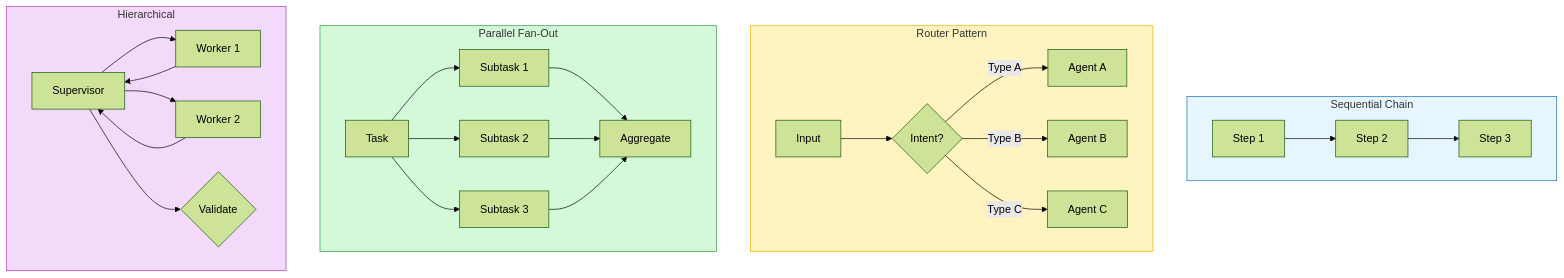
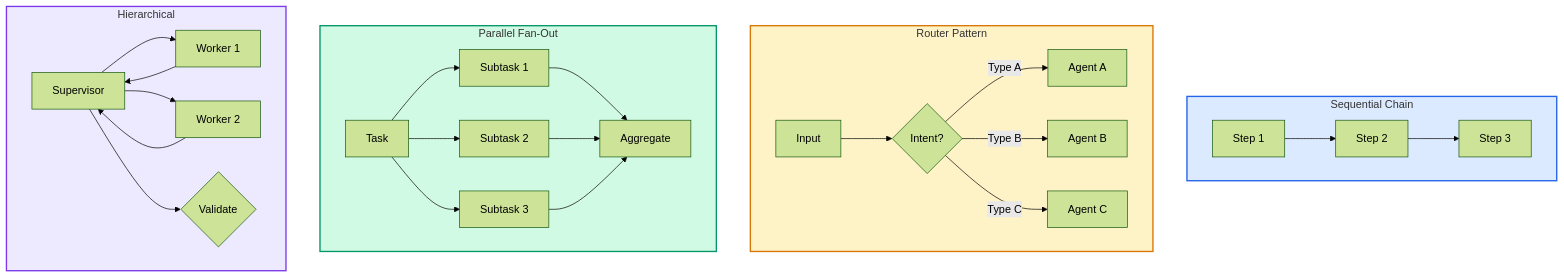
One commit to whoisrade/agentic-field-manual changed the second of 2 diagrams in 06-operations/orchestration.md. Above: the diagram before and after it, drawn with Mermaid (forest theme). The commit also changed other lines of this file and 18 other files, not shown here.

Commit message:
refine mermaid diagrams with enterprise color palette

````diff
--- a/06-operations/orchestration.md
+++ b/06-operations/orchestration.md
@@ -70,30 +71,30 @@
 ```mermaid
 flowchart TB
     subgraph Sequential["Sequential Chain"]
-        S1[Step 1] --> S2[Step 2] --> S3[Step 3]
+        S1["Step 1"] --> S2["Step 2"] --> S3["Step 3"]
     end
     
     subgraph Router["Router Pattern"]
-        R0[Input] --> RC{Intent?}
-        RC -->|Type A| RA[Agent A]
-        RC -->|Type B| RB[Agent B]
-        RC -->|Type C| RCC[Agent C]
+        R0["Input"] --> RC{"Intent?"}
+        RC -->|"Type A"| RA["Agent A"]
+        RC -->|"Type B"| RB["Agent B"]
+        RC -->|"Type C"| RCC["Agent C"]
     end
     
     subgraph Parallel["Parallel Fan-Out"]
-        P0[Task] --> P1[Subtask 1] & P2[Subtask 2] & P3[Subtask 3]
-        P1 & P2 & P3 --> PA[Aggregate]
+        P0["Task"] --> P1["Subtask 1"] & P2["Subtask 2"] & P3["Subtask 3"]
+        P1 & P2 & P3 --> PA["Aggregate"]
     end
     
     subgraph Hierarchical["Hierarchical"]
-        H0[Supervisor] --> H1[Worker 1]
-        H0 --> H2[Worker 2]
+        H0["Supervisor"] --> H1["Worker 1"]
+        H0 --> H2["Worker 2"]
         H1 & H2 --> H0
-        H0 --> HV{Validate}
+        H0 --> HV{"Validate"}
     end
     
-    style Sequential fill:#e7f5ff,stroke:#1971c2
-    style Router fill:#fff3bf,stroke:#fab005
-    style Parallel fill:#d3f9d8,stroke:#2f9e44
-    style Hierarchical fill:#f3d9fa,stroke:#ae3ec9
+    style Sequential fill:#dbeafe,stroke:#2563eb,stroke-width:2px
+    style Router fill:#fef3c7,stroke:#d97706,stroke-width:2px
+    style Parallel fill:#d1fae5,stroke:#059669,stroke-width:2px
+    style Hierarchical fill:#ede9fe,stroke:#7c3aed,stroke-width:2px
 ```
````
